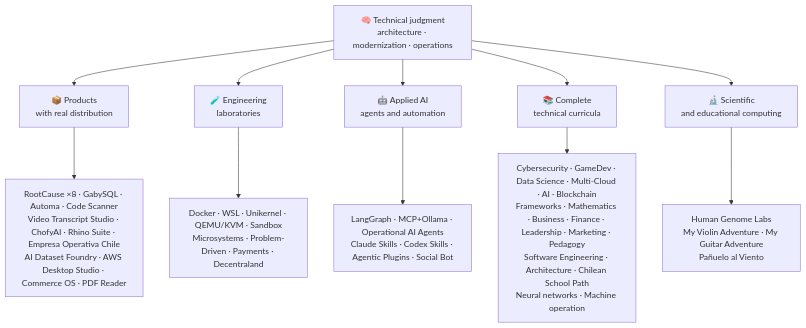
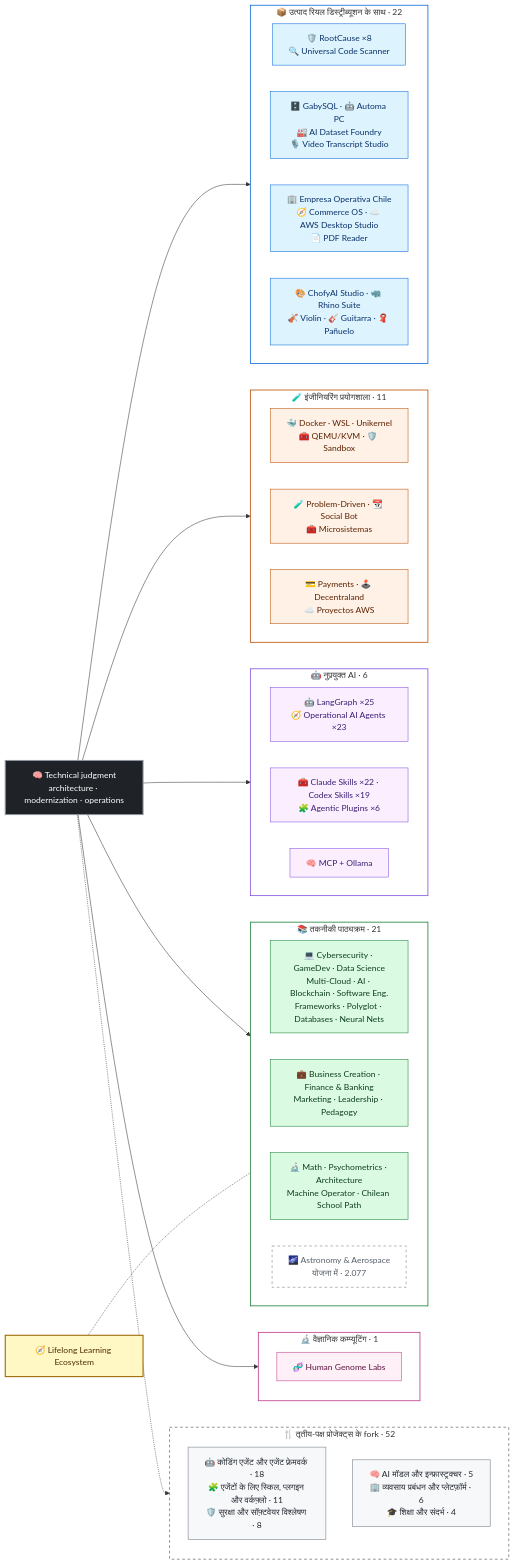
Before and after one commit to vladimiracunadev-create/vladimiracunadev-create: the diagram in README.hi.md, drawn with Mermaid. The commit also changed other lines of this file and 43 other files, not shown here.

````diff
--- a/README.hi.md
+++ b/README.hi.md
@@ -152,14 +153,63 @@
 ```mermaid
-flowchart TD
-    A["🧠 Technical judgment<br/>architecture · modernization · operations"] --> B["📦 Products<br/>with real distribution"]
-    A --> C["🧪 Engineering<br/>laboratories"]
-    A --> D["🤖 Applied AI<br/>agents and automation"]
-    A --> E["📚 Complete<br/>technical curricula"]
-    A --> F["🔬 Scientific<br/>and educational computing"]
+flowchart LR
+    CORE["🧠 Technical judgment<br/>architecture · modernization · operations"]:::core
 
-    B --> B1["RootCause ×8 · GabySQL · Automa · Code Scanner<br/>Video Transcript Studio · ChofyAI · Rhino Suite · Empresa Operativa Chile<br/>AI Dataset Foundry · AWS Desktop Studio · Commerce OS · PDF Reader"]
-    C --> C1["Docker · WSL · Unikernel · QEMU/KVM · Sandbox<br/>Microsystems · Problem-Driven · Payments · Decentraland"]
-    D --> D1["LangGraph · MCP+Ollama · Operational AI Agents<br/>Claude Skills · Codex Skills · Agentic Plugins · Social Bot"]
-    E --> E1["Cybersecurity · GameDev · Data Science · Multi-Cloud · AI · Blockchain<br/>Frameworks · Mathematics · Business · Finance · Leadership · Marketing · Pedagogy<br/>Software Engineering · Architecture · Chilean School Path<br/>Neural networks · Machine operation"]
-    F --> F1["Human Genome Labs<br/>My Violin Adventure · My Guitar Adventure<br/>Pañuelo al Viento"]
+    subgraph P["📦 उत्पाद रियल डिस्ट्रीब्यूशन के साथ · 22"]
+        direction LR
+        P1["🛡️ RootCause ×8<br/>🔍 Universal Code Scanner"]:::prod
+        P2["🗄️ GabySQL · 🤖 Automa PC<br/>🏭 AI Dataset Foundry<br/>🎙️ Video Transcript Studio"]:::prod
+        P3["🏢 Empresa Operativa Chile<br/>🧭 Commerce OS · ☁️ AWS Desktop Studio<br/>📄 PDF Reader"]:::prod
+        P4["🎨 ChofyAI Studio · 🦏 Rhino Suite<br/>🎻 Violin · 🎸 Guitarra · 🧣 Pañuelo"]:::prod
+    end
+    subgraph L["🧪 इंजीनियरिंग प्रयोगशाला · 11"]
+        direction LR
+        L1["🐳 Docker · WSL · Unikernel<br/>🧰 QEMU/KVM · 🛡️ Sandbox"]:::lab
+        L2["🧪 Problem-Driven · 📆 Social Bot<br/>🧰 Microsistemas"]:::lab
+        L3["💳 Payments · 🕹️ Decentraland<br/>☁️ Proyectos AWS"]:::lab
+    end
+    subgraph I["🤖 नुप्रयुक्त AI · 6"]
+        direction LR
+        I1["🤖 LangGraph ×25<br/>🧭 Operational AI Agents ×23"]:::ai
+        I2["🧰 Claude Skills ×22 · Codex Skills ×19<br/>🧩 Agentic Plugins ×6"]:::ai
+        I3["🧠 MCP + Ollama"]:::ai
+    end
+    subgraph C["📚 तकनीकी पाठ्यक्रम · 21"]
+        direction LR
+        C1["💻 Cybersecurity · GameDev · Data Science<br/>Multi-Cloud · AI · Blockchain · Software Eng.<br/>Frameworks · Polyglot · Databases · Neural Nets"]:::cur
+        C2["💼 Business Creation · Finance & Banking<br/>Marketing · Leadership · Pedagogy"]:::cur
+        C3["🔬 Math · Psychometrics · Architecture<br/>Machine Operator · Chilean School Path"]:::cur
+        C4["🌌 Astronomy & Aerospace<br/>योजना में · 2.077"]:::plan
+    end
+    LL["🧭 Lifelong Learning Ecosystem"]:::core2
+    subgraph S["🔬 वैज्ञानिक कम्प्यूटिंग · 1"]
+        S1["🧬 Human Genome Labs"]:::sci
+    end
+    subgraph F["🍴 तृतीय-पक्ष प्रोजेक्ट्स के fork · 52"]
+        F1["🤖 कोडिंग एजेंट और एजेंट फ़्रेमवर्क · 18<br/>🧩 एजेंटों के लिए स्किल, प्लगइन और वर्कफ़्लो · 11<br/>🛡️ सुरक्षा और सॉफ़्टवेयर विश्लेषण · 8"]:::fork
+        F2["🧠 AI मॉडल और इन्फ्रास्ट्रक्चर · 5<br/>🏢 व्यवसाय प्रबंधन और प्लेटफ़ॉर्म · 6<br/>🎓 शिक्षा और संदर्भ · 4"]:::fork
+    end
+
+    CORE --> P
+    CORE --> L
+    CORE --> I
+    CORE --> C
+    CORE --> S
+    CORE -.-> F
+    LL -.- C
+
+    classDef core fill:#1f2328,stroke:#8b949e,color:#ffffff,stroke-width:2px
+    classDef core2 fill:#fff8c5,stroke:#9a6700,color:#4d2d00,stroke-width:2px
+    classDef prod fill:#ddf4ff,stroke:#0969da,color:#0a3069
+    classDef lab fill:#fff1e5,stroke:#bc4c00,color:#5c2200
+    classDef ai fill:#fbefff,stroke:#8250df,color:#3b1d73
+    classDef cur fill:#dafbe1,stroke:#1a7f37,color:#0f3d1e
+    classDef sci fill:#ffeff7,stroke:#bf3989,color:#5c1541
+    classDef fork fill:#f6f8fa,stroke:#6e7781,color:#24292f
+    classDef plan fill:#ffffff,stroke:#6e7781,color:#57606a,stroke-dasharray:5 5
+    style P fill:none,stroke:#0969da,stroke-width:1.5px
+    style L fill:none,stroke:#bc4c00,stroke-width:1.5px
+    style I fill:none,stroke:#8250df,stroke-width:1.5px
+    style C fill:none,stroke:#1a7f37,stroke-width:1.5px
+    style S fill:none,stroke:#bf3989,stroke-width:1.5px
+    style F fill:none,stroke:#6e7781,stroke-width:1.5px,stroke-dasharray:5 5
 ```
````
